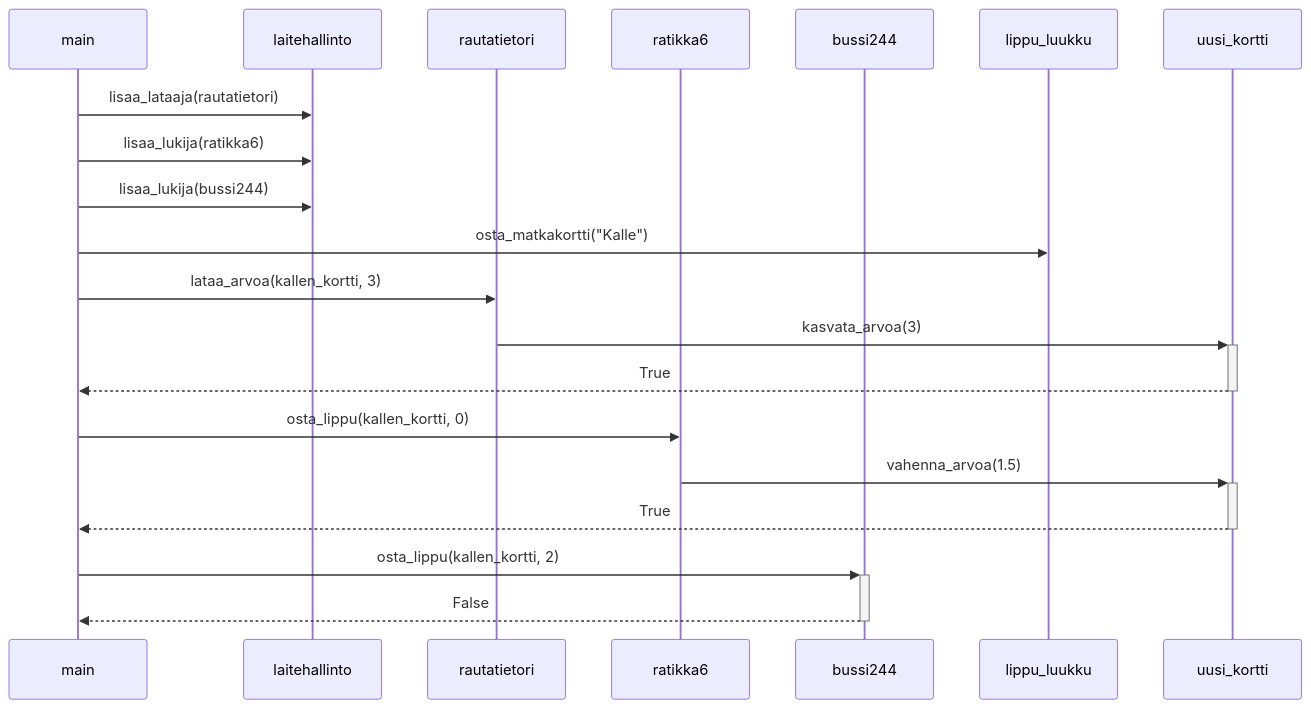
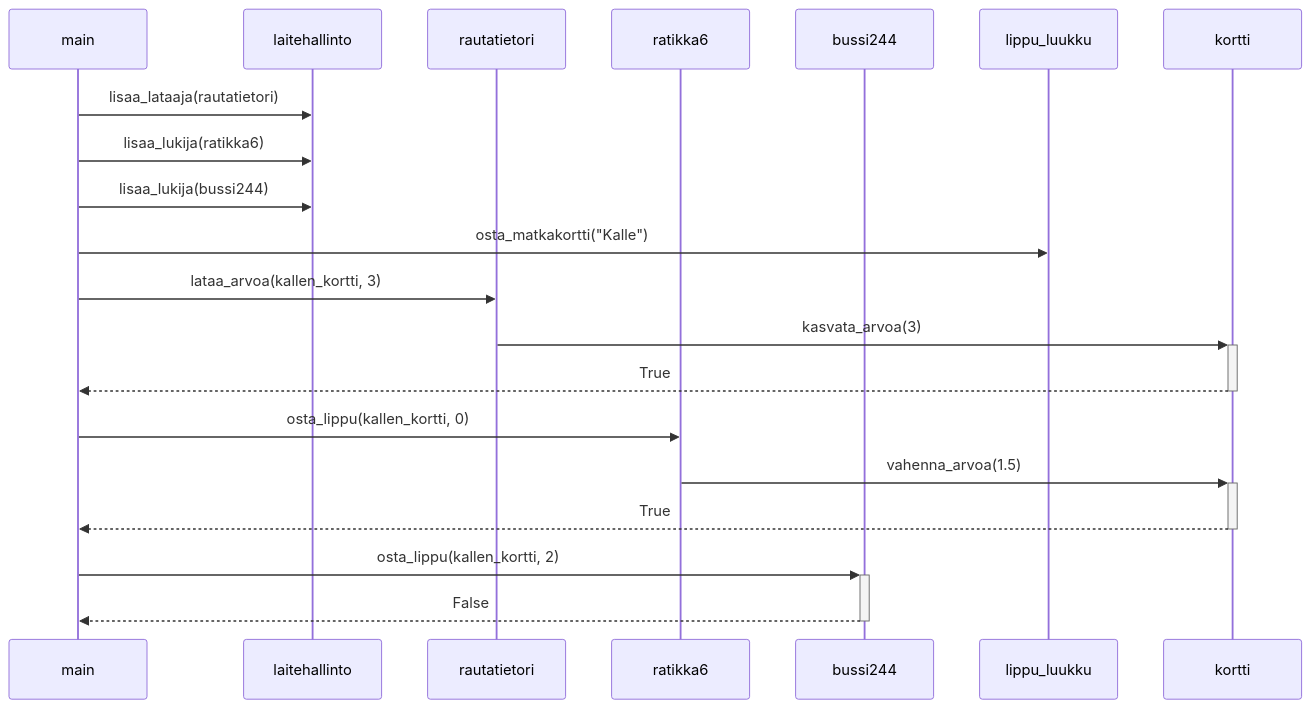
One commit to laurelcrelia/ot-harjoitustyo changed the diagram in laskarit/viikko3/sekvenssikaavio2.md. Above: the diagram before and after it, drawn with Mermaid.

````diff
--- a/laskarit/viikko3/sekvenssikaavio2.md
+++ b/laskarit/viikko3/sekvenssikaavio2.md
@@ -1,22 +1,22 @@
 ```mermaid
  sequenceDiagram
 	participant M as main
 	participant L as laitehallinto
 	participant Rau as rautatietori
 	participant Rat as ratikka6
 	participant B as bussi244
 	participant LL as lippu_luukku
-	participant UK as uusi_kortti
+	participant K as kortti
 	M->>L: lisaa_lataaja(rautatietori)
 	M->>L: lisaa_lukija(ratikka6)
 	M->>L: lisaa_lukija(bussi244)
 	M->>LL: osta_matkakortti("Kalle")
 	M->>Rau: lataa_arvoa(kallen_kortti, 3)
-	Rau->>+UK: kasvata_arvoa(3)
-	UK-->>-M: True
+	Rau->>+K: kasvata_arvoa(3)
+	K-->>-M: True
 	M->>Rat: osta_lippu(kallen_kortti, 0)
-	Rat->>+UK: vahenna_arvoa(1.5)
-	UK-->>-M: True
+	Rat->>+K: vahenna_arvoa(1.5)
+	K-->>-M: True
 	M->>+B: osta_lippu(kallen_kortti, 2)
 	B-->>-M: False
 ```
````
